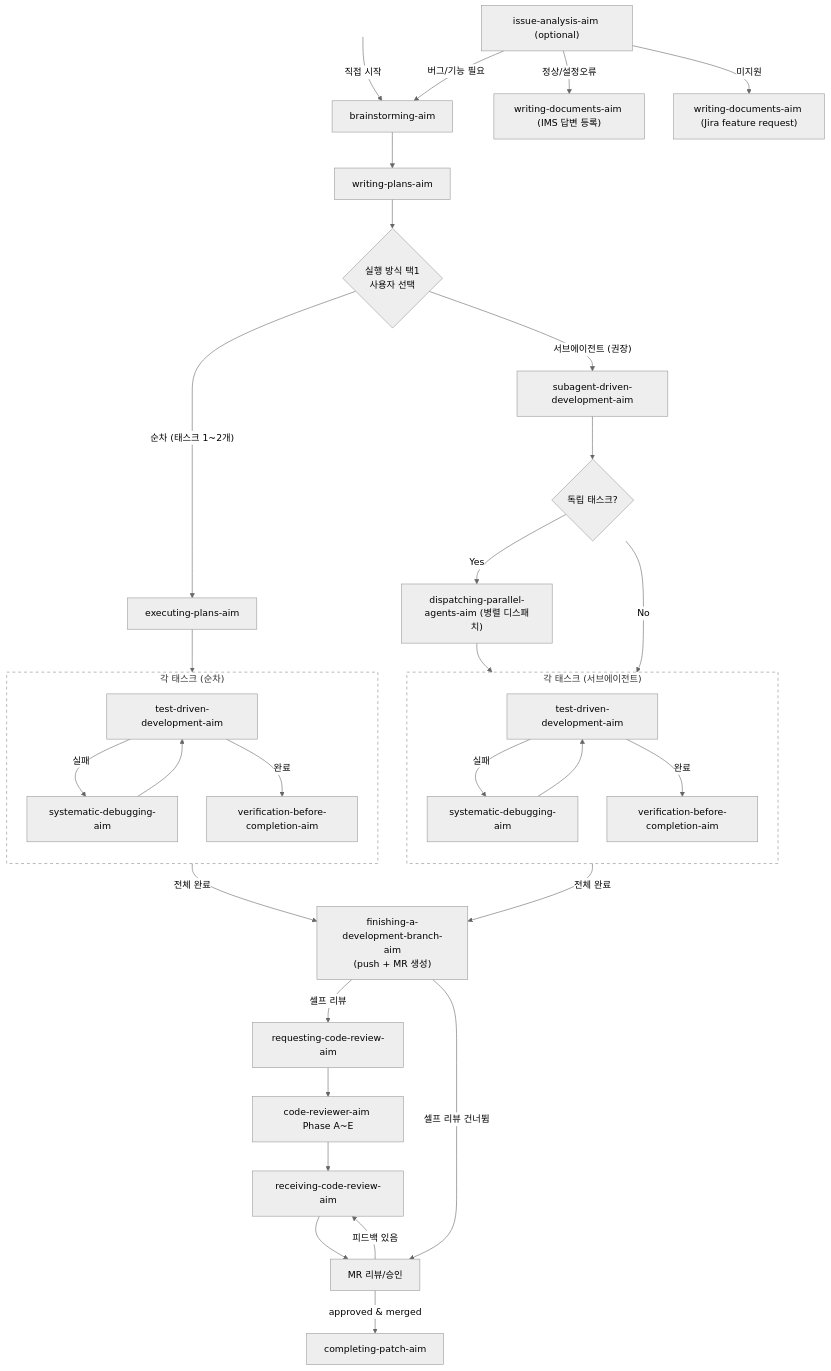
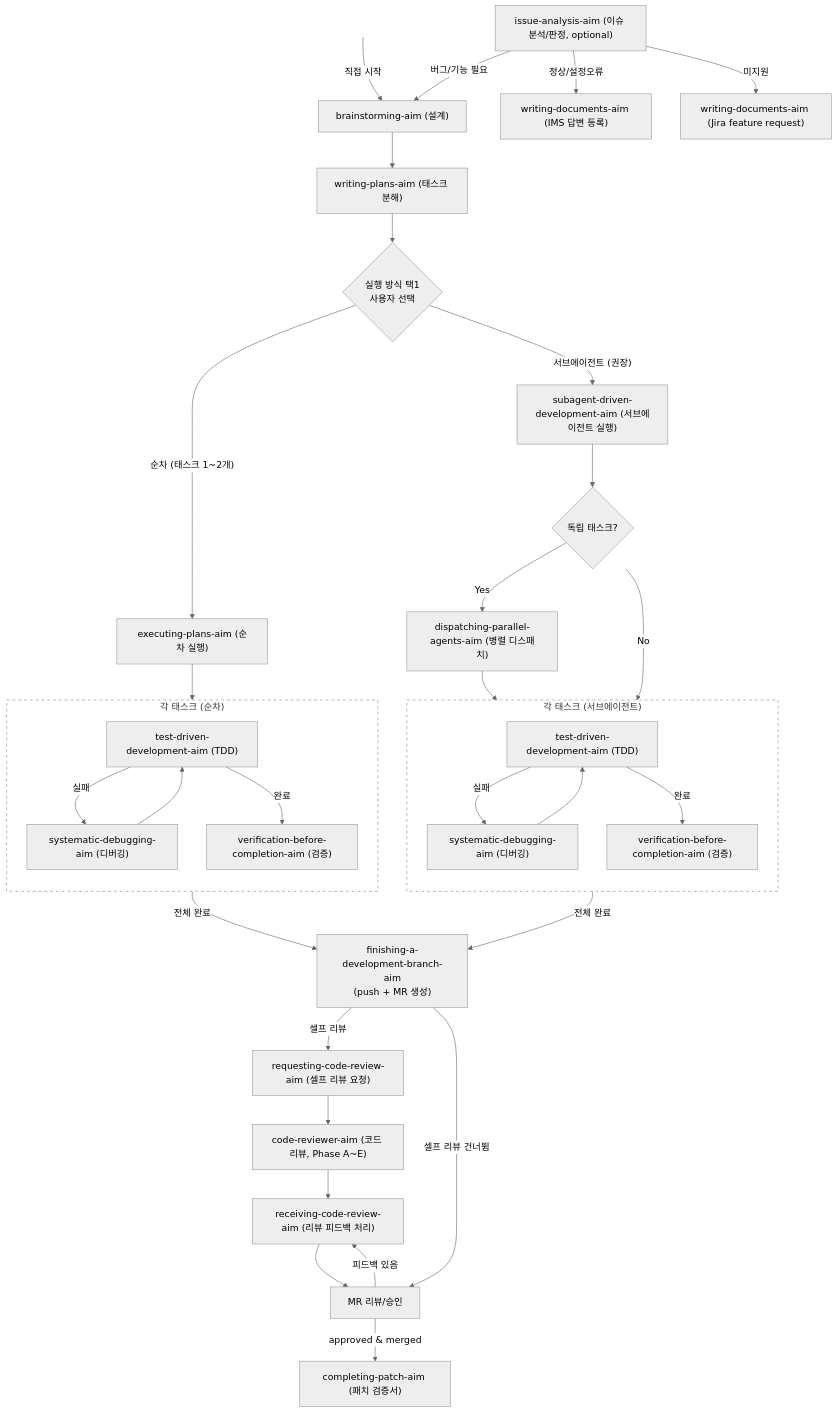
One commit to kmj5228/aim-harness changed the diagram in README.md. Above: the diagram before and after it, drawn with Mermaid (neutral theme).

Commit message:
docs: add role descriptions to all workflow nodes

````diff
--- a/README.md
+++ b/README.md
@@ -77,47 +77,47 @@
 ```mermaid
 flowchart TD
-    A["issue-analysis-aim (optional)"] -->|"버그/기능 필요"| B[brainstorming-aim]
+    A["issue-analysis-aim (이슈 분석/판정, optional)"] -->|"버그/기능 필요"| B["brainstorming-aim (설계)"]
     START[ ] -->|직접 시작| B
-    B --> C[writing-plans-aim]
+    B --> C["writing-plans-aim (태스크 분해)"]
     C --> D{실행 방식 택1\n사용자 선택}
 
-    D -->|"순차 (태스크 1~2개)"| E[executing-plans-aim]
+    D -->|"순차 (태스크 1~2개)"| E["executing-plans-aim (순차 실행)"]
     E --> TDD1
 
-    D -->|"서브에이전트 (권장)"| F[subagent-driven-development-aim]
+    D -->|"서브에이전트 (권장)"| F["subagent-driven-development-aim (서브에이전트 실행)"]
     F --> H{독립 태스크?}
     H -->|"Yes"| P1["dispatching-parallel-agents-aim (병렬 디스패치)"]
     H -->|"No"| TDD2
     P1 --> TDD2
 
     subgraph TDD1 ["각 태스크 (순차)"]
         direction TB
-        G1[test-driven-development-aim] -->|실패| I1[systematic-debugging-aim]
+        G1["test-driven-development-aim (TDD)"] -->|실패| I1["systematic-debugging-aim (디버깅)"]
         I1 --> G1
-        G1 -->|완료| J1[verification-before-completion-aim]
+        G1 -->|완료| J1["verification-before-completion-aim (검증)"]
     end
 
     subgraph TDD2 ["각 태스크 (서브에이전트)"]
         direction TB
-        G2[test-driven-development-aim] -->|실패| I2[systematic-debugging-aim]
+        G2["test-driven-development-aim (TDD)"] -->|실패| I2["systematic-debugging-aim (디버깅)"]
         I2 --> G2
-        G2 -->|완료| J2[verification-before-completion-aim]
+        G2 -->|완료| J2["verification-before-completion-aim (검증)"]
     end
 
     TDD1 -->|전체 완료| K["finishing-a-development-branch-aim\n(push + MR 생성)"]
     TDD2 -->|전체 완료| K
-    K -->|셀프 리뷰| L[requesting-code-review-aim]
-    L --> M[code-reviewer-aim Phase A~E]
+    K -->|셀프 리뷰| L["requesting-code-review-aim (셀프 리뷰 요청)"]
+    L --> M["code-reviewer-aim (코드 리뷰, Phase A~E)"]
     K -->|셀프 리뷰 건너뜀| MR[MR 리뷰/승인]
-    M --> RCV[receiving-code-review-aim]
+    M --> RCV["receiving-code-review-aim (리뷰 피드백 처리)"]
     RCV --> MR
     MR -->|피드백 있음| RCV
-    MR -->|approved & merged| N[completing-patch-aim]
+    MR -->|approved & merged| N["completing-patch-aim (패치 검증서)"]
 
     A -->|"정상/설정오류"| O["writing-documents-aim (IMS 답변 등록)"]
     A -->|"미지원"| Q["writing-documents-aim (Jira feature request)"]
 
     style START fill:transparent,stroke:transparent
     style TDD1 fill:transparent,stroke:#888,stroke-dasharray: 5 5
     style TDD2 fill:transparent,stroke:#888,stroke-dasharray: 5 5
 ```
````
